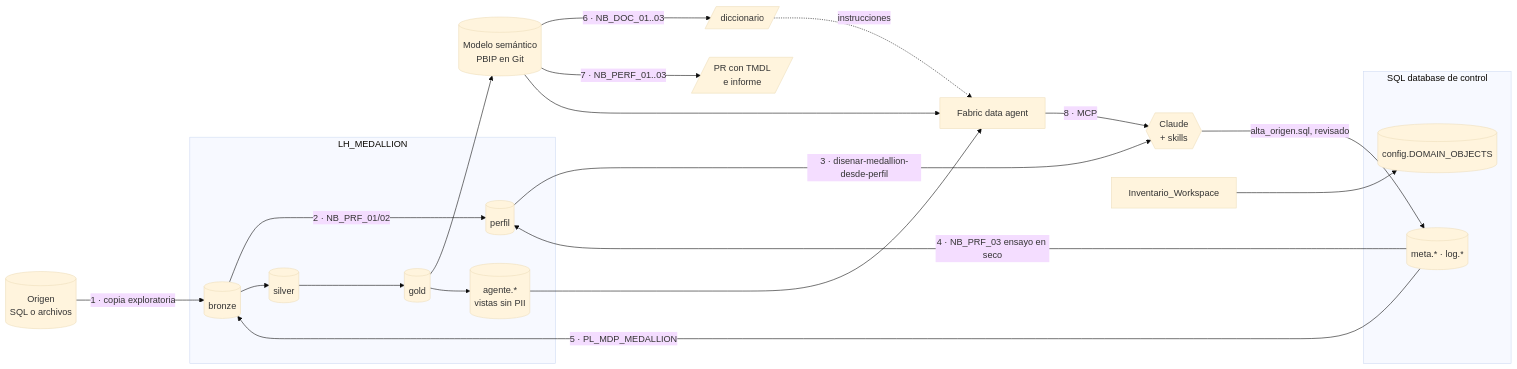
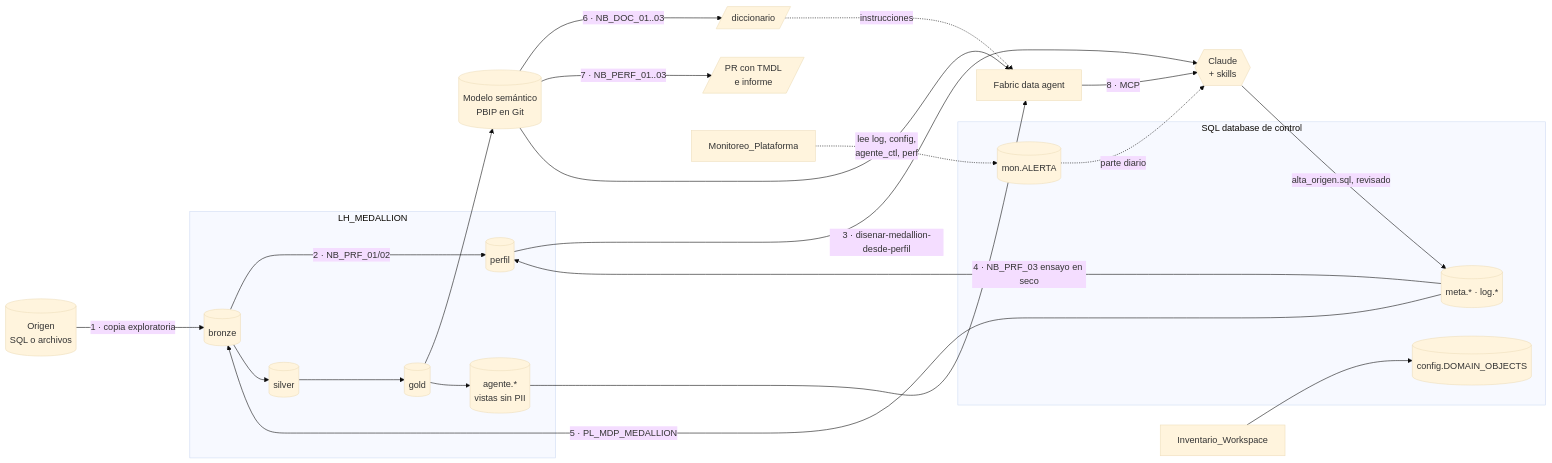
One commit to estebanotero/BIA changed the diagram in README.md. Above: the diagram before and after it, drawn with Mermaid (base theme). The commit also changed other lines of this file and 9 other files, not shown here.

First line of the commit message:
Agrega el framework Monitoreo_Plataforma (alertas y parte diario)

````diff
--- a/README.md
+++ b/README.md
@@ -40,36 +41,39 @@
 ```mermaid
 flowchart LR
     SRC[(Origen<br/>SQL o archivos)]
 
     subgraph CTRL[SQL database de control]
         META[(meta.* · log.*)]
         CFG[(config.DOMAIN_OBJECTS)]
+        MON[(mon.ALERTA)]
     end
 
     subgraph LH[LH_MEDALLION]
         B[(bronze)]
         P[(perfil)]
         S[(silver)]
         G[(gold)]
         V[(agente.*<br/>vistas sin PII)]
     end
 
     SM[(Modelo semántico<br/>PBIP en Git)]
     FDA[Fabric data agent]
     CL{{Claude<br/>+ skills}}
 
     INV[Inventario_Workspace] --> CFG
     SRC -->|1 · copia exploratoria| B
     B -->|2 · NB_PRF_01/02| P
     P -->|3 · disenar-medallion-desde-perfil| CL
     CL -->|alta_origen.sql, revisado| META
     META -->|4 · NB_PRF_03 ensayo en seco| P
     META -->|5 · PL_MDP_MEDALLION| B --> S --> G
     G --> SM
     SM -->|6 · NB_DOC_01..03| DIC[/diccionario/]
     SM -->|7 · NB_PERF_01..03| PR[/PR con TMDL<br/>e informe/]
     G --> V --> FDA
     SM --> FDA
     DIC -.->|instrucciones| FDA
     FDA -->|8 · MCP| CL
+    MONI[Monitoreo_Plataforma] -.->|lee log, config,<br/>agente_ctl, perf| MON
+    MON -.->|parte diario| CL
 ```
````
